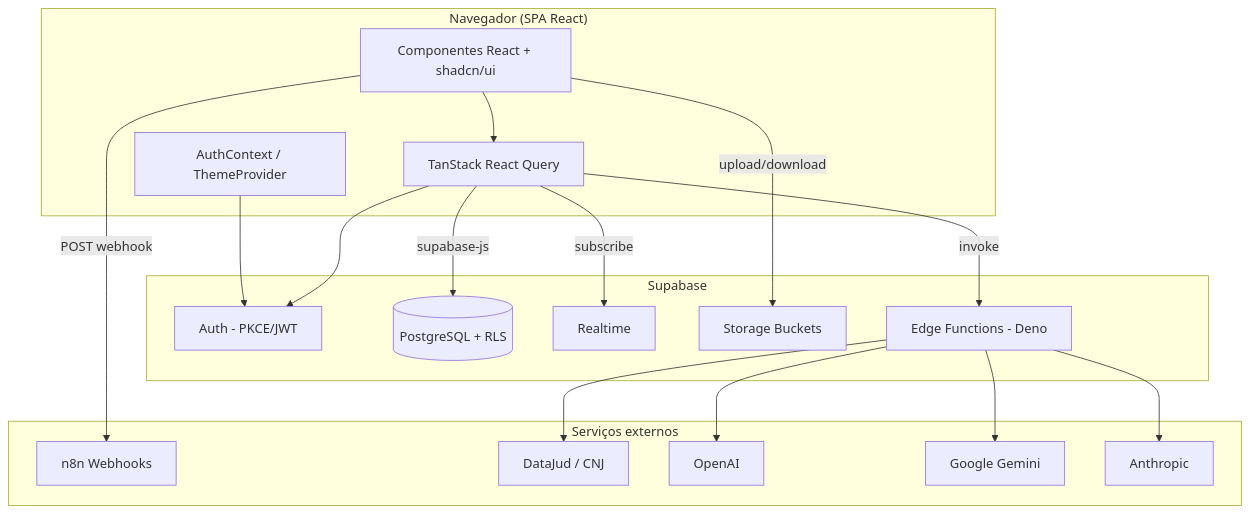
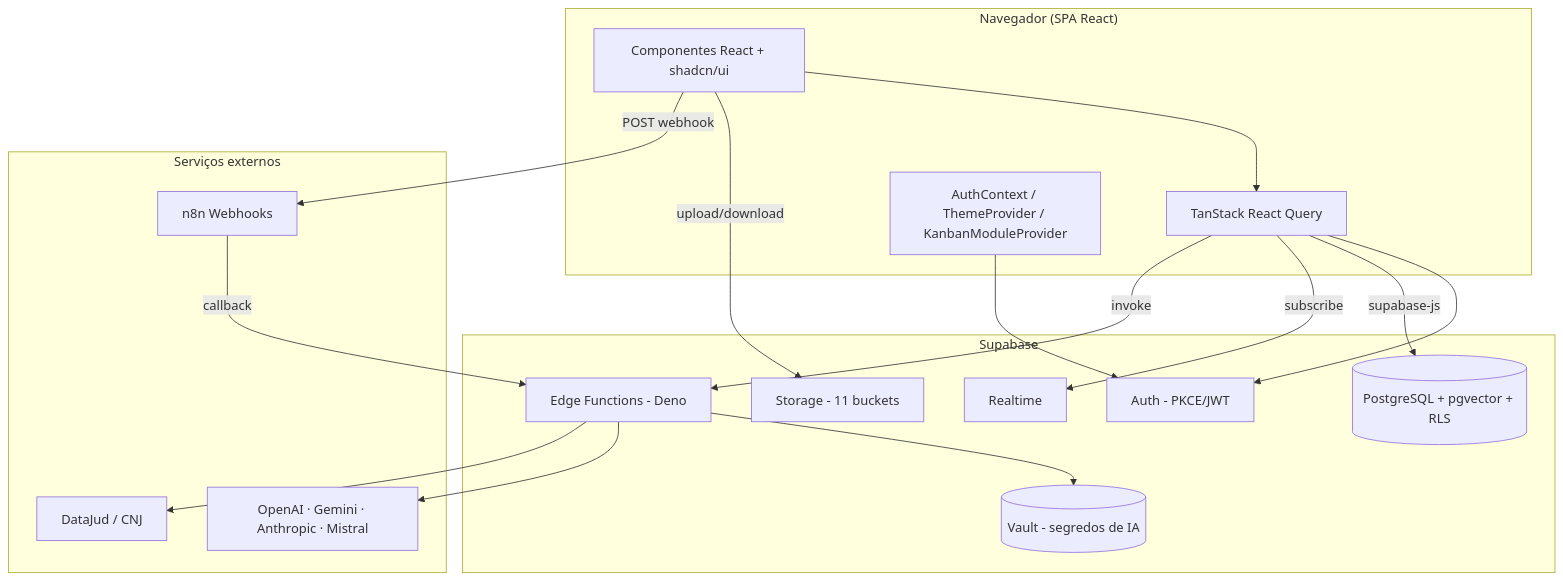
One commit to afelipedev/app-e7aicenter changed the first of 8 diagrams in docs/Documentacao_Final_Tecnica.md. Above: the diagram before and after it, drawn with Mermaid. The commit also changed other lines of this file and 38 other files, not shown here.

````diff
--- a/docs/Documentacao_Final_Tecnica.md
+++ b/docs/Documentacao_Final_Tecnica.md
@@ -37,33 +37,34 @@
 ```mermaid
 flowchart TB
     subgraph Cliente["Navegador (SPA React)"]
         UI[Componentes React + shadcn/ui]
         RQ[TanStack React Query]
-        Ctx[AuthContext / ThemeProvider]
+        Ctx[AuthContext / ThemeProvider / KanbanModuleProvider]
     end
 
     subgraph Supabase["Supabase"]
         Auth[Auth - PKCE/JWT]
-        DB[(PostgreSQL + RLS)]
+        DB[(PostgreSQL + pgvector + RLS)]
         RT[Realtime]
-        ST[Storage Buckets]
+        ST[Storage - 11 buckets]
+        VA[(Vault - segredos de IA)]
         EF[Edge Functions - Deno]
     end
 
     subgraph Externos["Serviços externos"]
         N8N[n8n Webhooks]
         DJ[DataJud / CNJ]
-        OAI[OpenAI]
-        GEM[Google Gemini]
-        ANT[Anthropic]
+        LLM[OpenAI · Gemini · Anthropic · Mistral]
     end
 
     UI --> RQ --> Auth
     RQ -->|supabase-js| DB
     RQ -->|subscribe| RT
     UI -->|upload/download| ST
     RQ -->|invoke| EF
     UI -->|POST webhook| N8N
-    EF --> OAI & GEM & ANT & DJ
+    N8N -->|callback| EF
+    EF --> VA
+    EF --> LLM & DJ
     Ctx --> Auth
 ```
````
